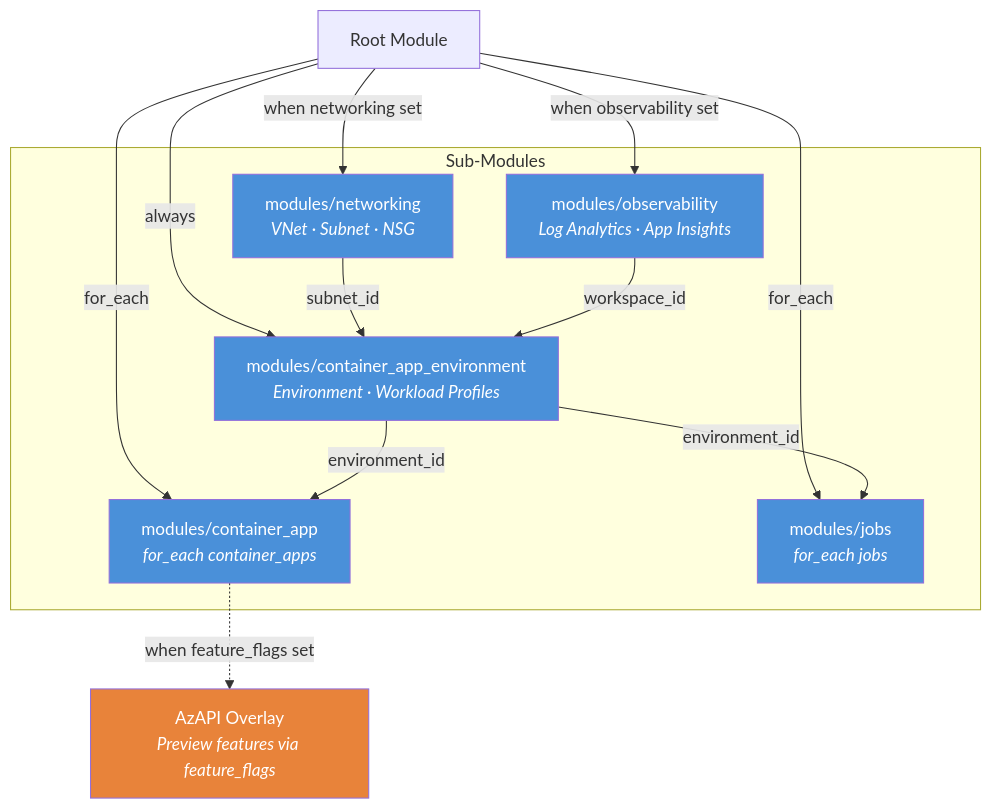
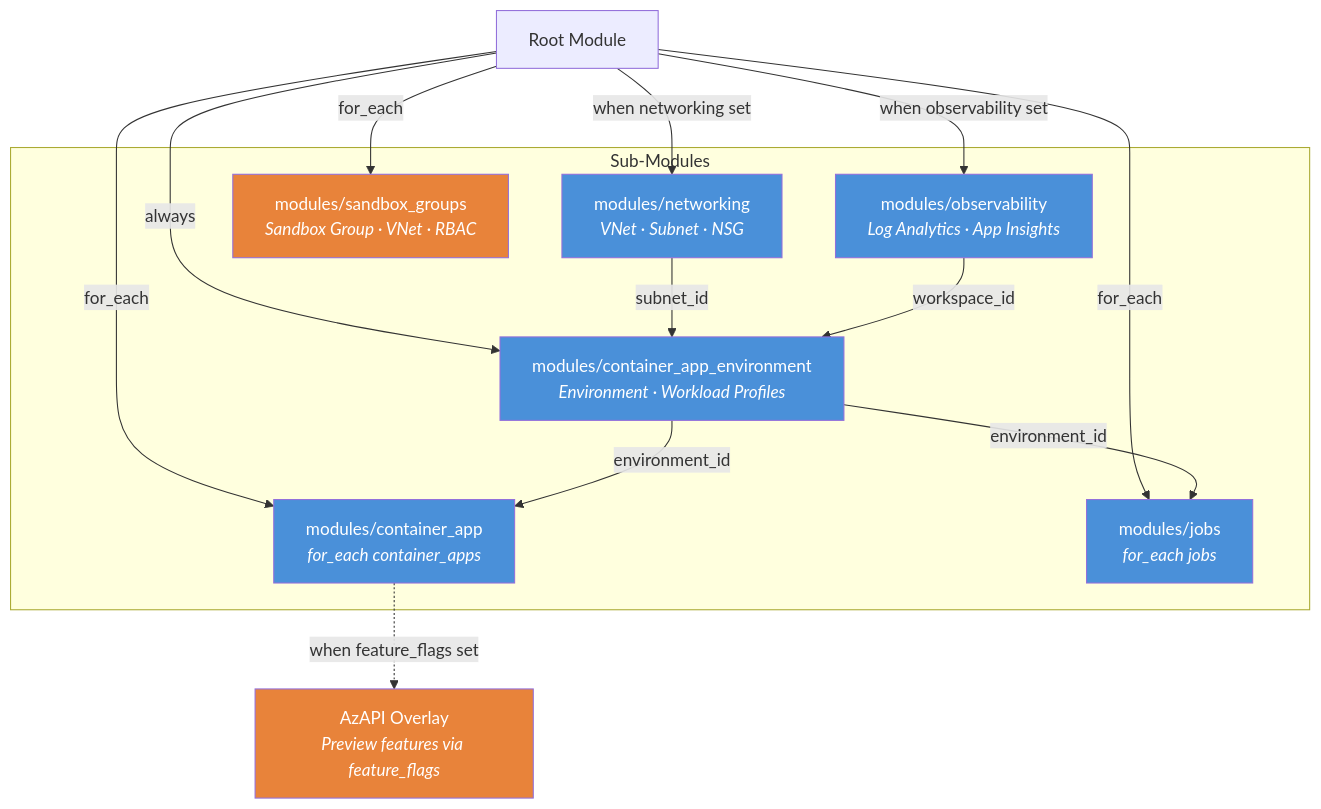
Before and after one commit to Azure/terraform-provider-aca: the diagram in README.md, drawn with Mermaid. The commit also changed other lines of this file and 125 other files, not shown here.

````diff
--- a/README.md
+++ b/README.md
@@ -160,33 +168,36 @@
 ```mermaid
 graph TD
     Root["Root Module"]
 
     subgraph Sub-Modules
         NET["modules/networking<br/><i>VNet · Subnet · NSG</i>"]
         OBS["modules/observability<br/><i>Log Analytics · App Insights</i>"]
         ENV["modules/container_app_environment<br/><i>Environment · Workload Profiles</i>"]
         APP["modules/container_app<br/><i>for_each container_apps</i>"]
         JOB["modules/jobs<br/><i>for_each jobs</i>"]
+        SG["modules/sandbox_groups<br/><i>Sandbox Group · VNet · RBAC</i>"]
     end
 
     Root -->|"when networking set"| NET
     Root -->|"when observability set"| OBS
     Root -->|always| ENV
     Root -->|for_each| APP
     Root -->|for_each| JOB
+    Root -->|for_each| SG
 
     NET -->|subnet_id| ENV
     OBS -->|workspace_id| ENV
     ENV -->|environment_id| APP
     ENV -->|environment_id| JOB
 
     style NET fill:#4A90D9,color:#fff
     style OBS fill:#4A90D9,color:#fff
     style ENV fill:#4A90D9,color:#fff
     style APP fill:#4A90D9,color:#fff
     style JOB fill:#4A90D9,color:#fff
+    style SG fill:#E8833A,color:#fff
 
     AZAPI["AzAPI Overlay<br/><i>Preview features via feature_flags</i>"]
     APP -.->|"when feature_flags set"| AZAPI
     style AZAPI fill:#E8833A,color:#fff
 ```
````
